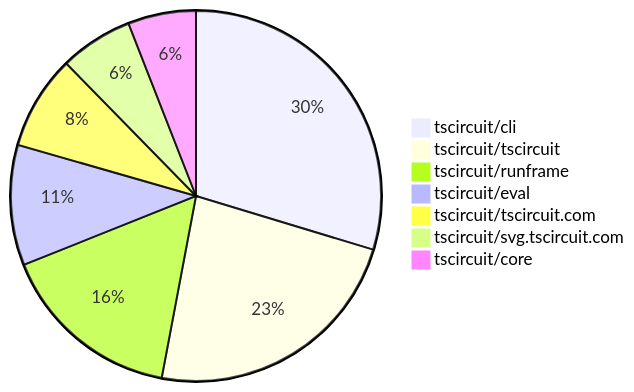
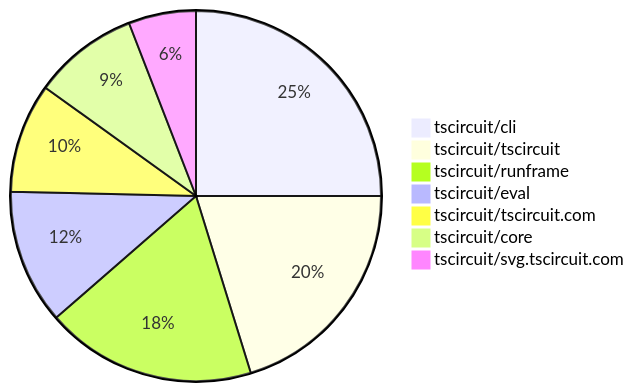
One commit to tscircuit/contribution-tracker changed the second of 2 diagrams in README.md. Above: the diagram before and after it, drawn with Mermaid. The commit also changed other lines of this file and 3 other files, not shown here.

````diff
--- a/README.md
+++ b/README.md
@@ -124,10 +131,10 @@
 ```mermaid
 pie
-    "tscircuit/cli" : 65
-    "tscircuit/tscircuit" : 51
-    "tscircuit/runframe" : 35
-    "tscircuit/eval" : 23
-    "tscircuit/tscircuit.com" : 18
-    "tscircuit/svg.tscircuit.com" : 14
-    "tscircuit/core" : 13
+    "tscircuit/cli" : 68
+    "tscircuit/tscircuit" : 55
+    "tscircuit/runframe" : 50
+    "tscircuit/eval" : 32
+    "tscircuit/tscircuit.com" : 26
+    "tscircuit/core" : 25
+    "tscircuit/svg.tscircuit.com" : 16
 ```
````
